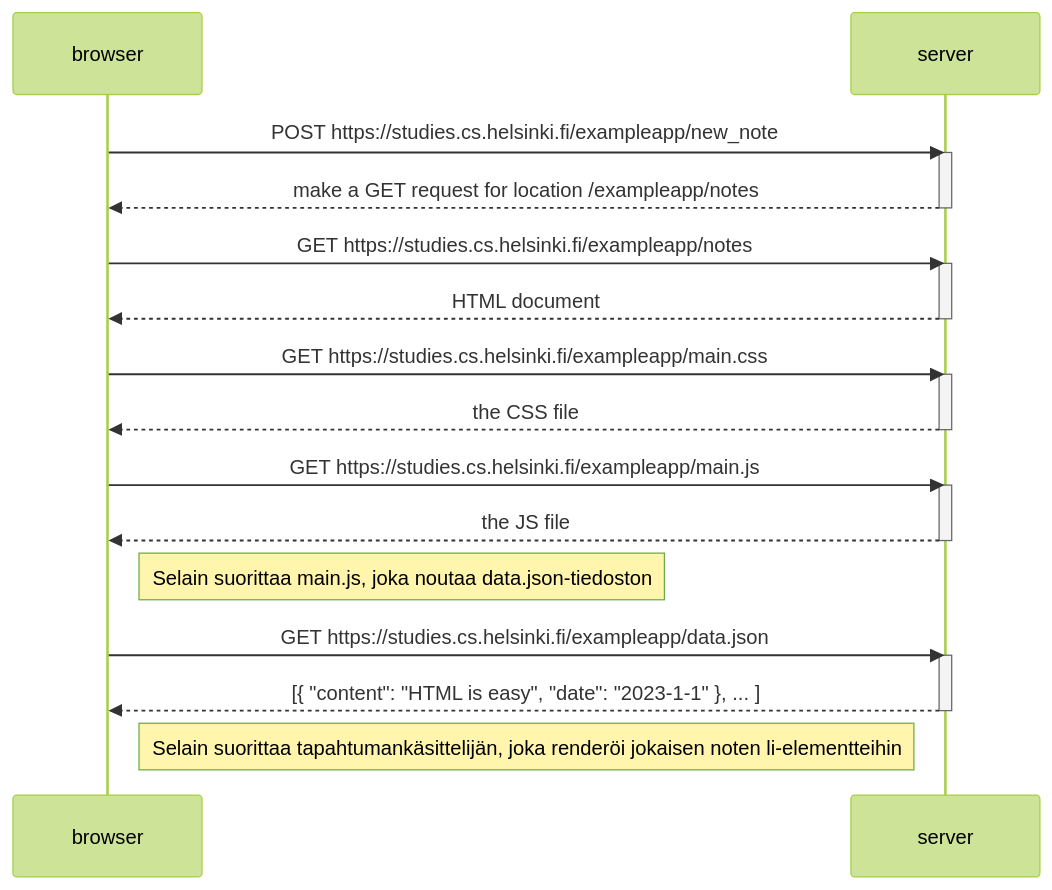
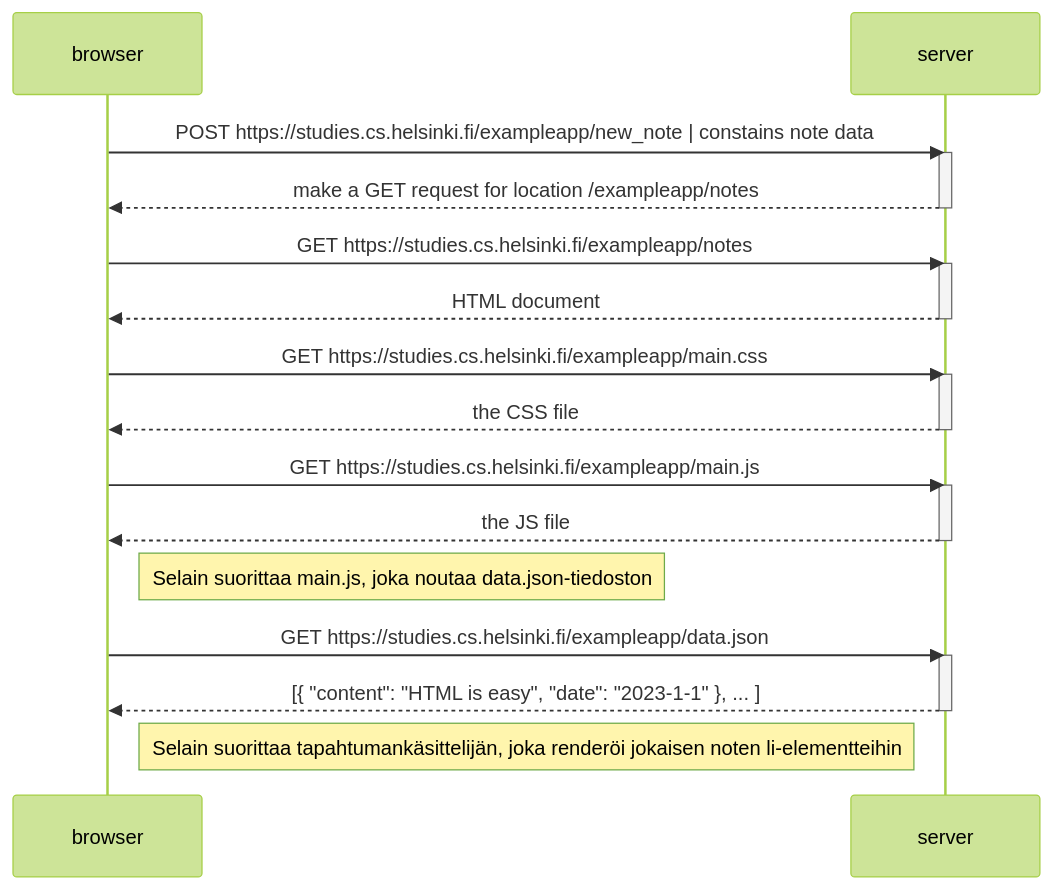
One commit to DatCaoTram/full-stack-open changed the first of 3 diagrams in osa0/README.md. Above: the diagram before and after it, drawn with Mermaid (forest theme). The commit also changed other lines of this file, not shown here.

Commit message:
update osa0

````diff
--- a/osa0/README.md
+++ b/osa0/README.md
@@ -2,34 +2,34 @@
 ```mermaid
 sequenceDiagram
     participant browser
     participant server
 
-    browser->>server: POST https://studies.cs.helsinki.fi/exampleapp/new_note
+    browser->>server: POST https://studies.cs.helsinki.fi/exampleapp/new_note | constains note data
     activate server 
     server-->>browser: make a GET request for location /exampleapp/notes 
     deactivate server
 
     browser->>server: GET https://studies.cs.helsinki.fi/exampleapp/notes
     activate server
     server-->>browser: HTML document 
     deactivate server
     
     browser->>server: GET https://studies.cs.helsinki.fi/exampleapp/main.css
     activate server
     server-->>browser: the CSS file
     deactivate server
     
     browser->>server: GET https://studies.cs.helsinki.fi/exampleapp/main.js
     activate server
     server-->>browser: the JS file
     deactivate server
 
     Note right of browser: Selain suorittaa main.js, joka noutaa data.json-tiedoston  
 
     browser->>server: GET https://studies.cs.helsinki.fi/exampleapp/data.json
     activate server
     server-->>browser: [{ "content": "HTML is easy", "date": "2023-1-1" }, ... ]
     deactivate server    
 
     Note right of browser: Selain suorittaa tapahtumankäsittelijän, joka renderöi jokaisen noten li-elementteihin 
 ```
````
